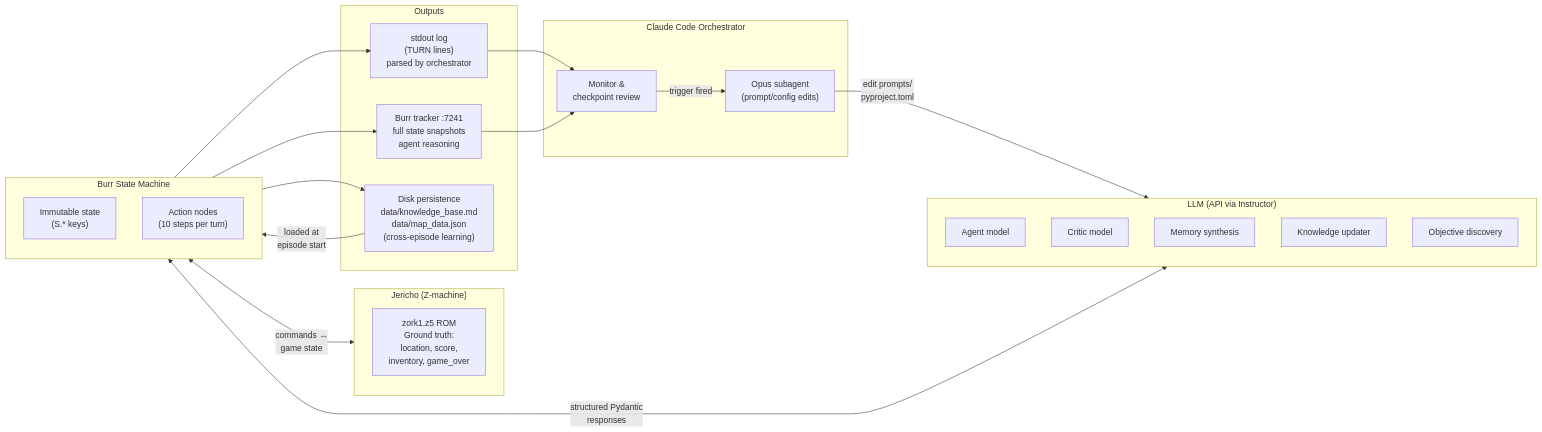
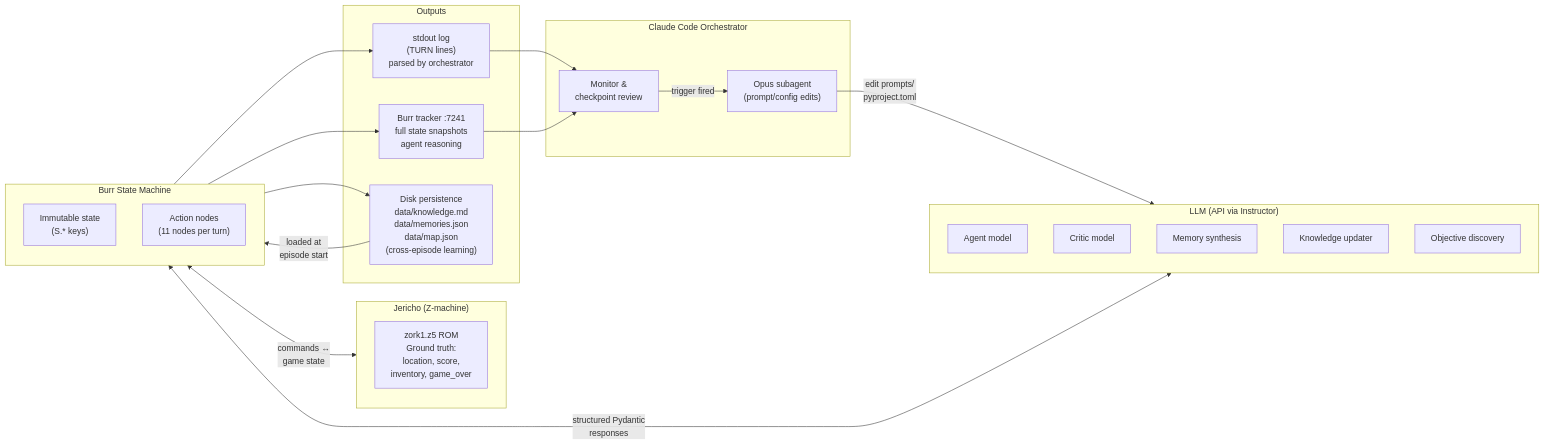
Before and after one commit to stickystyle/ZorkGPT2: the third of 4 diagrams in diagrams.md, drawn with Mermaid. The commit also changed other lines of this file, not shown here.

First line of the commit message:
docs(diagrams): sync all diagrams with current codebase

````diff
--- a/diagrams.md
+++ b/diagrams.md
@@ -104,41 +122,41 @@
 ```mermaid
 flowchart LR
     subgraph LLM["LLM (API via Instructor)"]
         Agent[Agent model]
         Critic[Critic model]
         Memory[Memory synthesis]
         KB[Knowledge updater]
         Obj[Objective discovery]
     end
 
     subgraph BurrGraph["Burr State Machine"]
         States["Immutable state<br/>(S.* keys)"]
-        Actions["Action nodes<br/>(10 steps per turn)"]
+        Actions["Action nodes<br/>(11 nodes per turn)"]
     end
 
     subgraph Jericho["Jericho (Z-machine)"]
         Zork["zork1.z5 ROM<br/>Ground truth:<br/>location, score,<br/>inventory, game_over"]
     end
 
     subgraph Outputs["Outputs"]
         Stdout["stdout log<br/>(TURN lines)<br/>parsed by orchestrator"]
         Tracker["Burr tracker :7241<br/>full state snapshots<br/>agent reasoning"]
-        Disk["Disk persistence<br/>data/knowledge_base.md<br/>data/map_data.json<br/>(cross-episode learning)"]
+        Disk["Disk persistence<br/>data/knowledge.md<br/>data/memories.json<br/>data/map.json<br/>(cross-episode learning)"]
     end
 
     subgraph Orchestrator["Claude Code Orchestrator"]
         Monitor["Monitor &<br/>checkpoint review"]
         Subagent["Opus subagent<br/>(prompt/config edits)"]
     end
 
     LLM <-->|"structured Pydantic<br/>responses"| BurrGraph
     BurrGraph <-->|"commands ↔<br/>game state"| Jericho
     BurrGraph --> Stdout
     BurrGraph --> Tracker
     BurrGraph --> Disk
     Stdout --> Monitor
     Tracker --> Monitor
     Monitor -->|"trigger fired"| Subagent
     Subagent -->|"edit prompts/<br/>pyproject.toml"| LLM
     Disk -->|"loaded at<br/>episode start"| BurrGraph
 ```
````
